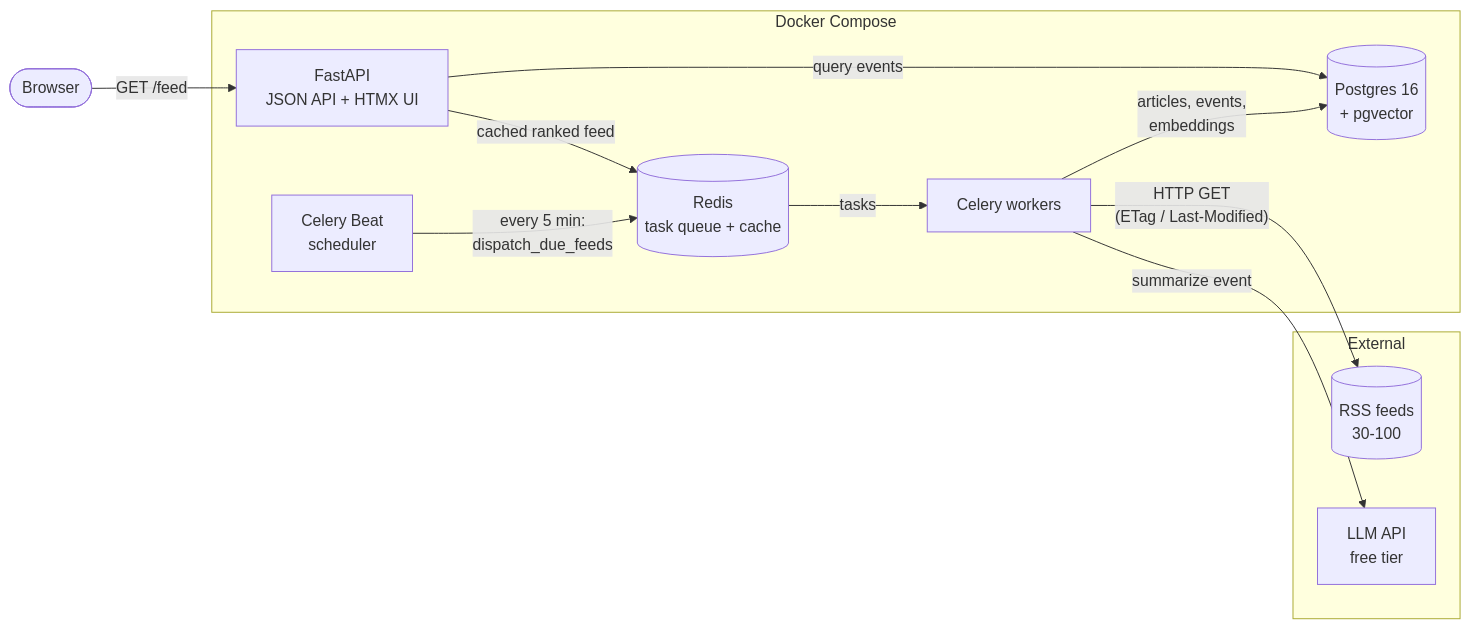
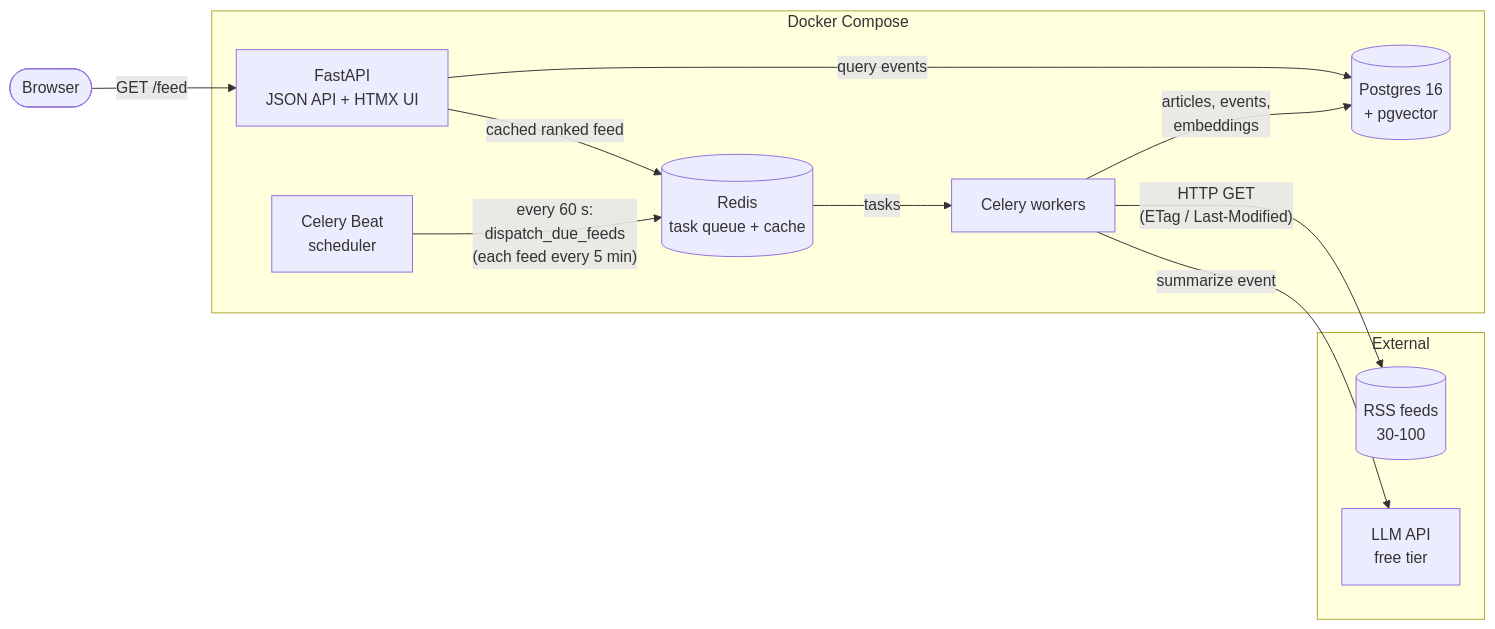
Before and after one commit to maitri160/pulse: the first of 2 diagrams in docs/architecture.md, drawn with Mermaid. The commit also changed other lines of this file and 12 other files, not shown here.

First line of the commit message:
Fetch feeds on a schedule with Celery Beat and per-feed backoff

````diff
--- a/docs/architecture.md
+++ b/docs/architecture.md
@@ -9,26 +9,26 @@
 ```mermaid
 flowchart LR
     subgraph ext[External]
         RSS[(RSS feeds<br/>30-100)]
         LLM[LLM API<br/>free tier]
     end
 
     subgraph compose[Docker Compose]
         Beat[Celery Beat<br/>scheduler]
         Redis[(Redis<br/>task queue + cache)]
         Worker[Celery workers]
         PG[(Postgres 16<br/>+ pgvector)]
         API[FastAPI<br/>JSON API + HTMX UI]
     end
 
     User([Browser])
 
-    Beat -- "every 5 min:<br/>dispatch_due_feeds" --> Redis
+    Beat -- "every 60 s:<br/>dispatch_due_feeds<br/>(each feed every 5 min)" --> Redis
     Redis -- "tasks" --> Worker
     Worker -- "HTTP GET<br/>(ETag / Last-Modified)" --> RSS
     Worker -- "articles, events,<br/>embeddings" --> PG
     Worker -- "summarize event" --> LLM
     User -- "GET /feed" --> API
     API -- "cached ranked feed" --> Redis
     API -- "query events" --> PG
 ```
````
